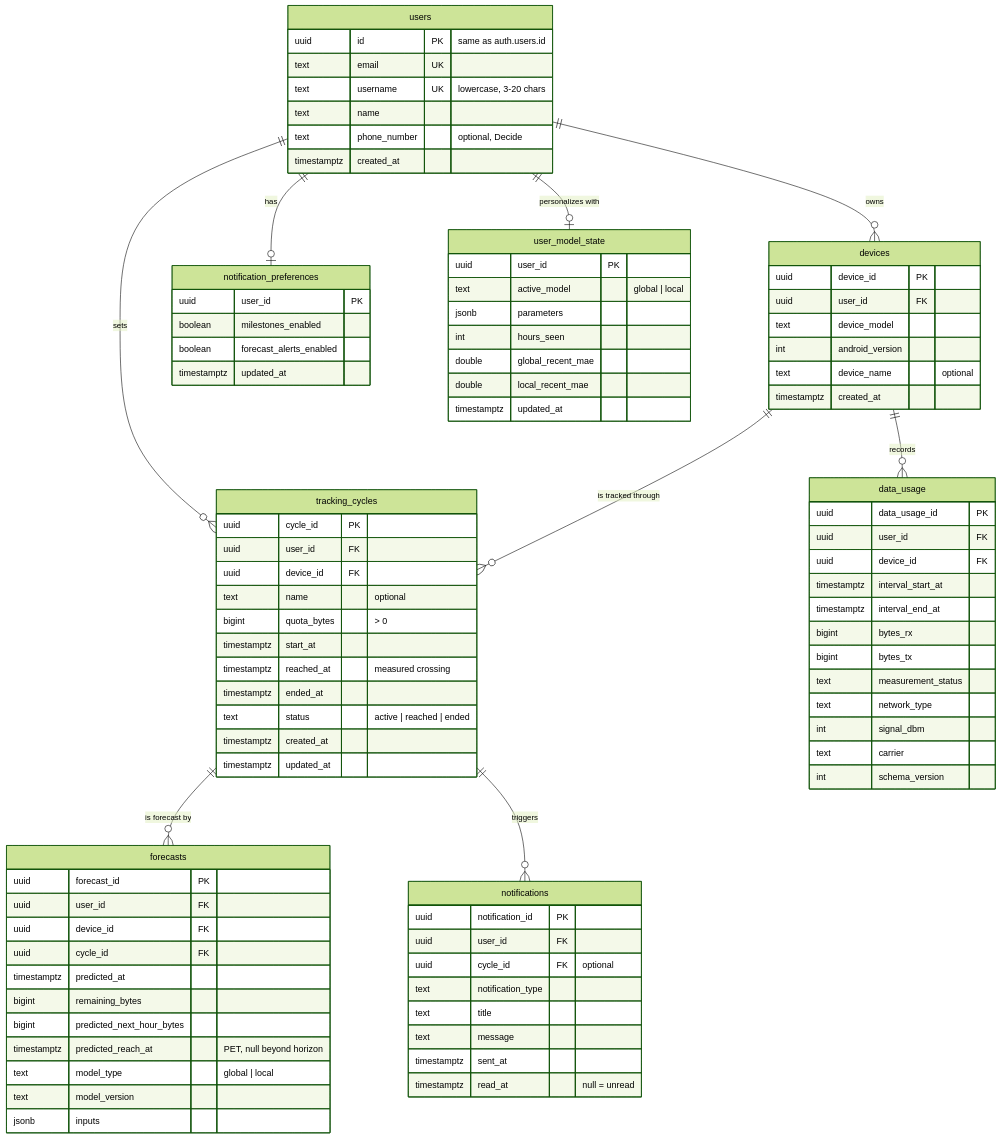
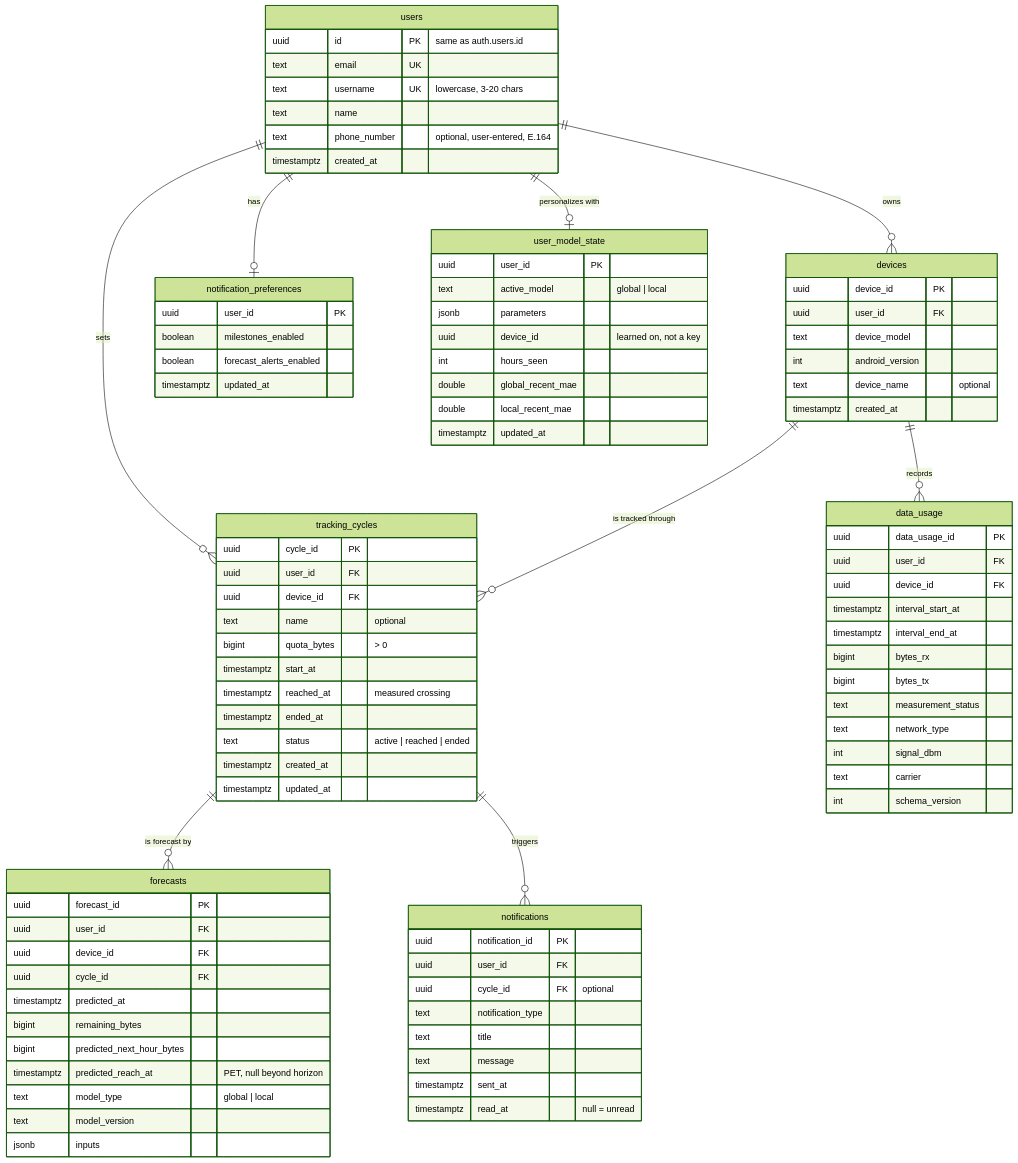
One commit to Org-ni-sha/datara-android changed the first of 2 diagrams in docs/erd-draft.md. Above: the diagram before and after it, drawn with Mermaid (forest theme). The commit also changed other lines of this file and 1 other file, not shown here.

First line of the commit message:
docs(db): record lead decisions on the ERD open questions

```diff
--- a/docs/erd-draft.md
+++ b/docs/erd-draft.md
@@ -35,7 +35,7 @@
         text email UK
         text username UK "lowercase, 3-20 chars"
         text name
-        text phone_number "optional, Decide"
+        text phone_number "optional, user-entered, E.164"
         timestamptz created_at
     }
     devices {
@@ -106,6 +106,7 @@
         uuid user_id PK
         text active_model "global | local"
         jsonb parameters
+        uuid device_id "learned on, not a key"
         int hours_seen
         double global_recent_mae
         double local_recent_mae
```
